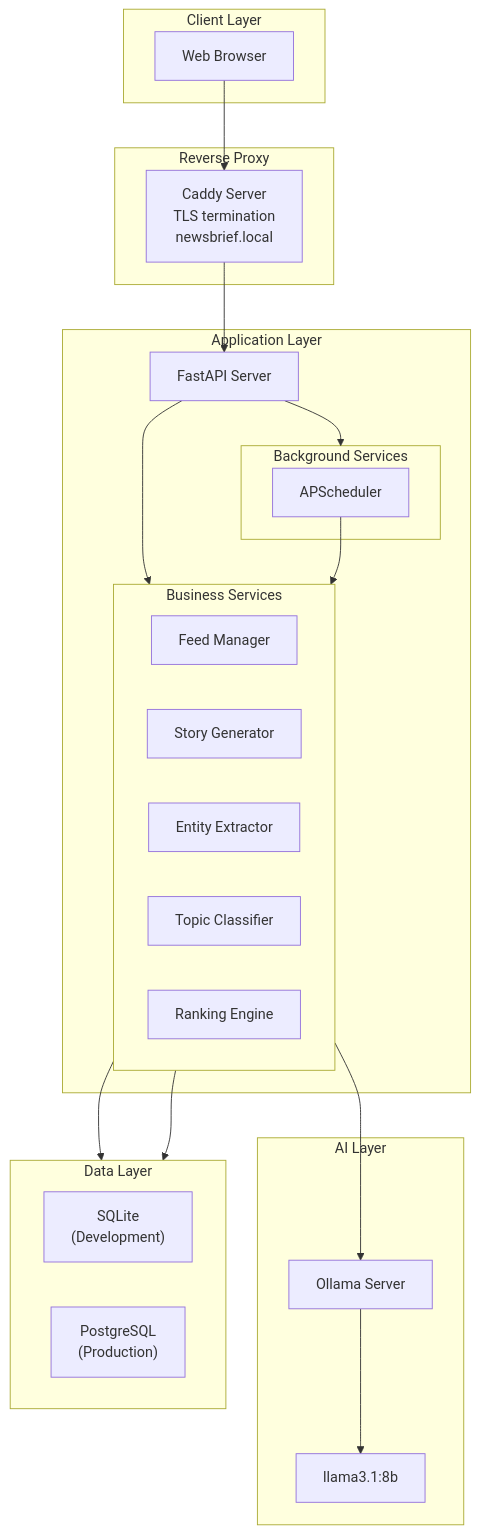
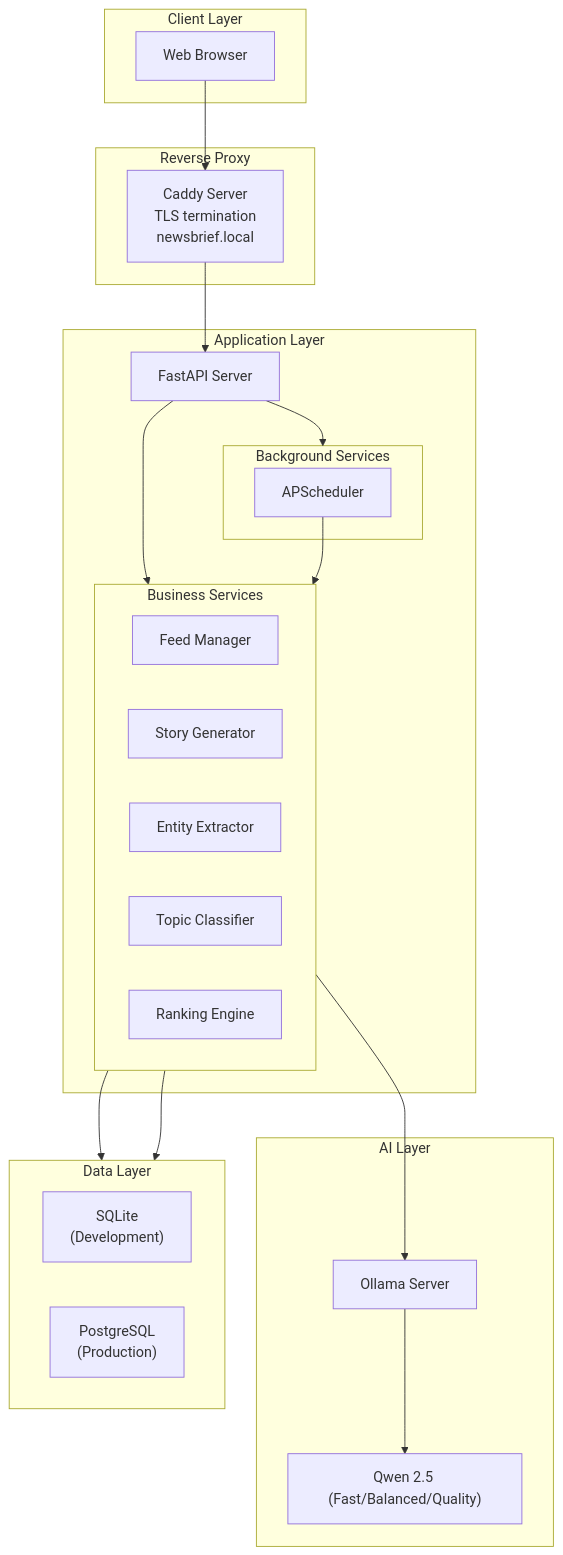
One commit to Deim0s13/newsbrief changed the second of 11 diagrams in docs/ARCHITECTURE.md. Above: the diagram before and after it, drawn with Mermaid. The commit also changed other lines of this file, not shown here.

First line of the commit message:
docs: Update architecture document for v0.8.1

````diff
--- a/docs/ARCHITECTURE.md
+++ b/docs/ARCHITECTURE.md
@@ -321,47 +321,47 @@
 ```mermaid
 flowchart TB
     subgraph Client["Client Layer"]
         Browser["Web Browser"]
     end
 
     subgraph Proxy["Reverse Proxy"]
         Caddy["Caddy Server<br/>TLS termination<br/>newsbrief.local"]
     end
 
     subgraph App["Application Layer"]
         FastAPI["FastAPI Server"]
 
         subgraph Services["Business Services"]
             FeedMgr["Feed Manager"]
             StoryGen["Story Generator"]
             EntityExt["Entity Extractor"]
             TopicClass["Topic Classifier"]
             Ranking["Ranking Engine"]
         end
 
         subgraph Background["Background Services"]
             Scheduler["APScheduler"]
         end
     end
 
     subgraph AI["AI Layer"]
         Ollama["Ollama Server"]
-        LLM["llama3.1:8b"]
+        LLM["Qwen 2.5 (Fast/Balanced/Quality)"]
     end
 
     subgraph Data["Data Layer"]
         direction LR
         SQLite["SQLite<br/>(Development)"]
         PostgreSQL["PostgreSQL<br/>(Production)"]
     end
 
     Browser --> Caddy
     Caddy --> FastAPI
     FastAPI --> Services
     FastAPI --> Background
     Services --> Ollama
     Ollama --> LLM
     Services --> SQLite
     Services --> PostgreSQL
     Scheduler --> Services
 ```
````
